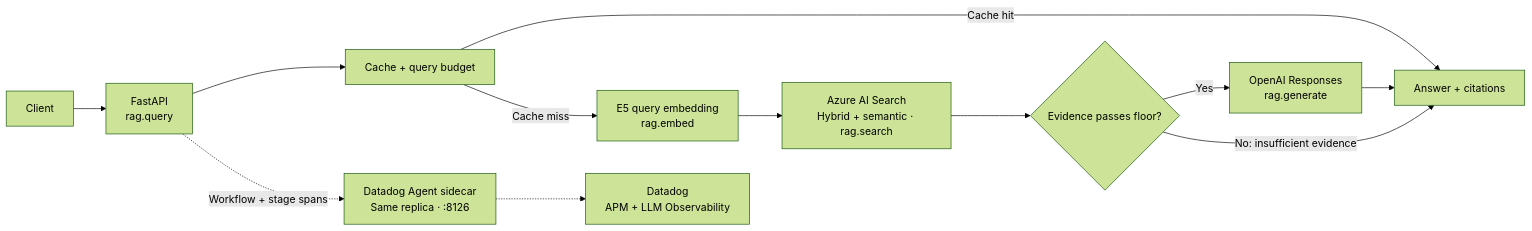
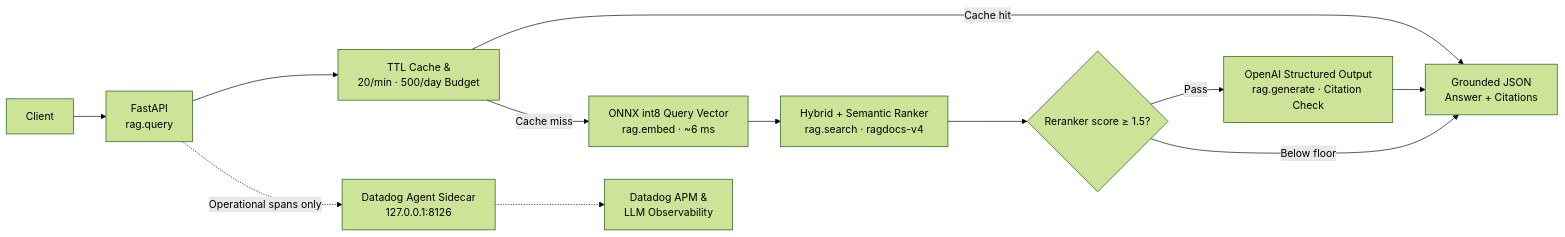
The third of 9 diagrams in README.md (workHMZ/aca-ghcr-cicd-lab), drawn with Mermaid (forest theme) before and after one commit. The commit also changed other lines of this file and 1 other file, not shown here.

````diff
--- a/README.md
+++ b/README.md
@@ -134,14 +166,14 @@
 ```mermaid
 flowchart LR
     Client["Client"] --> API["FastAPI<br/>rag.query"]
-    API --> Guard["Cache + query budget"]
-    Guard -- "Cache hit" --> Response["Answer + citations"]
-    Guard -- "Cache miss" --> QVec["E5 query embedding<br/>rag.embed"]
-    QVec --> Search["Azure AI Search<br/>Hybrid + semantic · rag.search"]
-    Search --> Evidence{"Evidence passes floor?"}
-    Evidence -- "Yes" --> LLM["OpenAI Responses<br/>rag.generate"]
-    Evidence -- "No: insufficient evidence" --> Response
-    LLM --> Response
-    API -. "Workflow + stage spans" .-> Agent["Datadog Agent sidecar<br/>Same replica · :8126"]
-    Agent -.-> DD["Datadog<br/>APM + LLM Observability"]
+    API --> Guard["TTL Cache &<br/>20/min · 500/day Budget"]
+    Guard -- "Cache hit" --> Resp["Grounded JSON<br/>Answer + Citations"]
+    Guard -- "Cache miss" --> QEmbed["ONNX int8 Query Vector<br/>rag.embed · ~6 ms"]
+    QEmbed --> Search["Hybrid + Semantic Ranker<br/>rag.search · ragdocs-v4"]
+    Search --> Floor{"Reranker score ≥ 1.5?"}
+    Floor -- "Pass" --> Gen["OpenAI Structured Output<br/>rag.generate · Citation Check"]
+    Floor -- "Below floor" --> Resp
+    Gen --> Resp
+    API -. "Operational spans only" .-> Sidecar["Datadog Agent Sidecar<br/>127.0.0.1:8126"]
+    Sidecar -.-> DD["Datadog APM &<br/>LLM Observability"]
 ```
````
